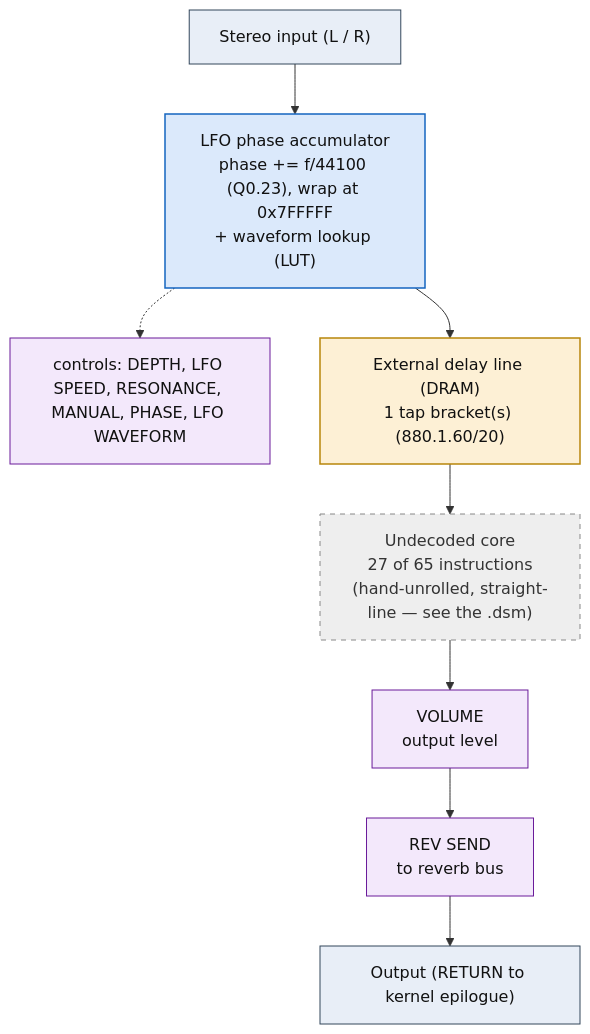
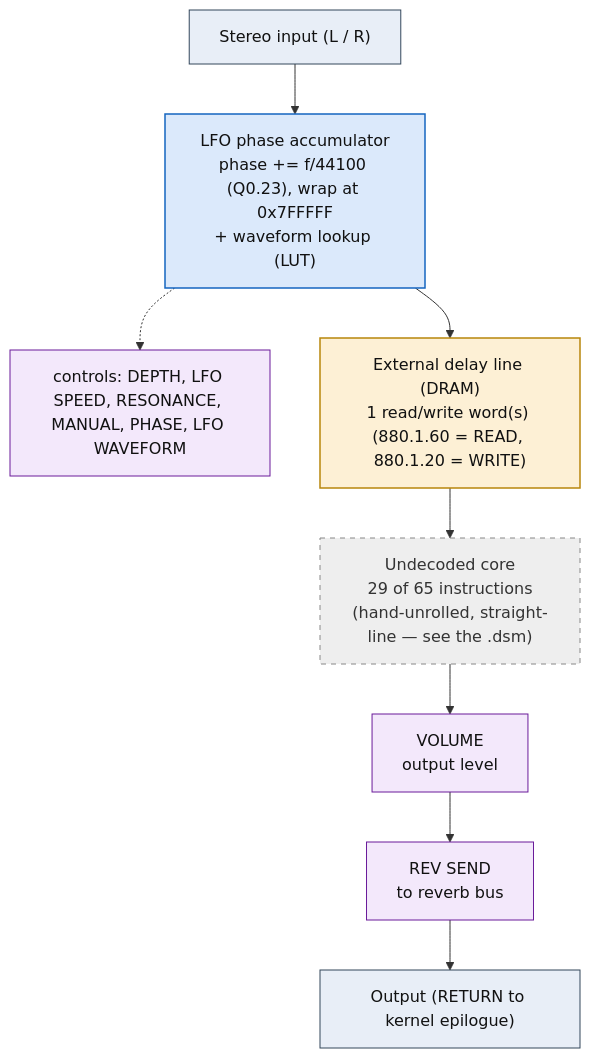
One commit to ArqueologiaDigital/kn5000-roms-disasm changed the diagram in dsp/flowcharts/prog04_flanger.md. Above: the diagram before and after it, drawn with Mermaid. The commit also changed other lines of this file and 86 other files, not shown here.

````diff
--- a/dsp/flowcharts/prog04_flanger.md
+++ b/dsp/flowcharts/prog04_flanger.md
@@ -12,30 +12,30 @@
 ```mermaid
 flowchart TD
     N0["Stereo input (L / R)"]
     N1["LFO phase accumulator<br/>phase += f/44100 (Q0.23), wrap at 0x7FFFFF<br/>+ waveform lookup (LUT)"]
     N0 --> N1
     N2["controls: DEPTH, LFO SPEED, RESONANCE, MANUAL, PHASE, LFO WAVEFORM"]
     N1 -.-> N2
-    N3["External delay line (DRAM)<br/>1 tap bracket(s) (880.1.60/20)"]
+    N3["External delay line (DRAM)<br/>1 read/write word(s) (880.1.60 = READ, 880.1.20 = WRITE)"]
     N1 --> N3
-    N4["Undecoded core<br/>27 of 65 instructions<br/>(hand-unrolled, straight-line &mdash; see the .dsm)"]
+    N4["Undecoded core<br/>29 of 65 instructions<br/>(hand-unrolled, straight-line &mdash; see the .dsm)"]
     N3 --> N4
     N5["VOLUME<br/>output level"]
     N4 --> N5
     N6["REV SEND<br/>to reverb bus"]
     N5 --> N6
     N7["Output (RETURN to kernel epilogue)"]
     N6 --> N7
 
     classDef io fill:#e8eef7,stroke:#33475b,stroke-width:1px,color:#111;
     classDef proven fill:#d7f0d7,stroke:#2e7d32,stroke-width:2px,color:#111;
     classDef measured fill:#dbe9fb,stroke:#1565c0,stroke-width:1.5px,color:#111;
     classDef inferred fill:#fdf0d5,stroke:#b8860b,stroke-width:1.5px,color:#111;
     classDef open fill:#eeeeee,stroke:#888,stroke-width:1px,color:#333,stroke-dasharray:5 5;
     classDef ctrl fill:#f3e8fb,stroke:#6a1b9a,stroke-width:1px,color:#111;
     class N0,N7 io;
     class N1 measured;
     class N2,N5,N6 ctrl;
     class N3 inferred;
     class N4 open;
 ```
````
